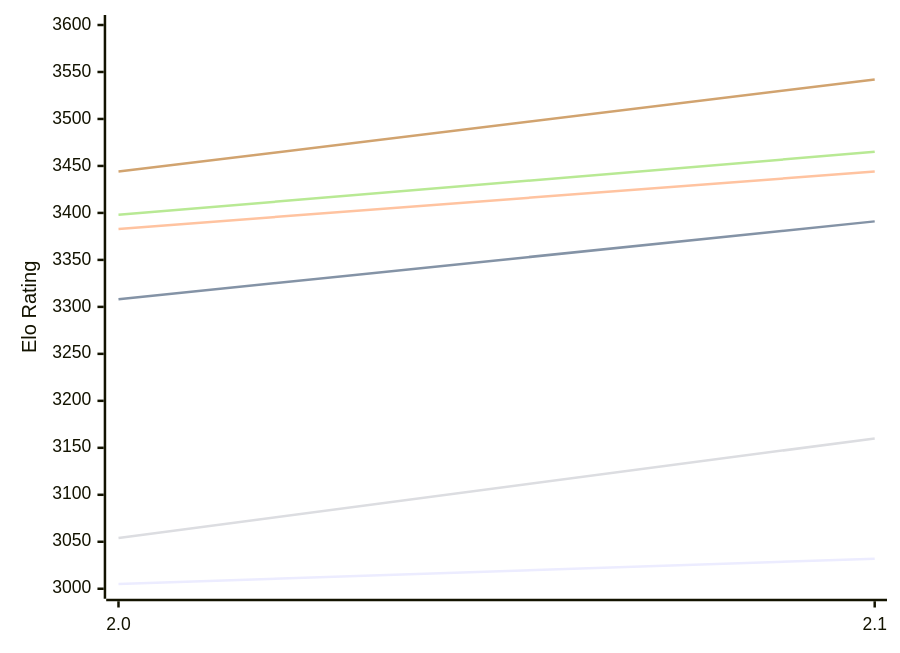
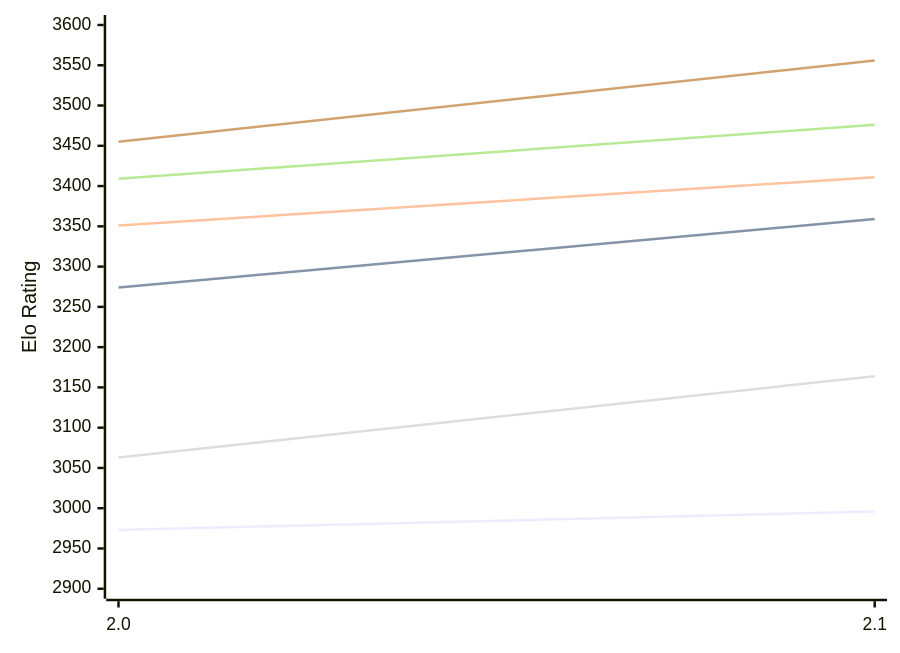
Before and after one commit to computer-chess-index/cci: the first of 2 diagrams in engines/Onslaught.md, drawn with Mermaid. The commit also changed other lines of this file, not shown here.

Commit message:
Update CCI Ratings (ELO VLTC) - 2026-11-12

````diff
--- a/engines/Onslaught.md
+++ b/engines/Onslaught.md
@@ -50,12 +50,12 @@
 ```mermaid
 %%{init: {"theme":"base","themeVariables":{"seriesColors:['#a3a3a3','#222221','#faa371']}}}%%
 xychart-beta
   x-axis ["2.0", "2.1"]
-  y-axis "Elo Rating" 3000 --> 3600
-  line "E1: STC (8.0+0.08s)" [3005, 3032]
-  line "E1: LTC (60.0+0.60s)" [3308, 3391]
-  line "E1: VLTC (2m24s+1.12s)" [3383, 3444]
-  line "P1: STC (8.0+0.08s)" [3054, 3160]
-  line "P1: LTC (60.0+0.60s)" [3398, 3465]
-  line "P1: VLTC (2m24s+1.12s)" [3444, 3542]
+  y-axis "Elo Rating" 2900 --> 3600
+  line "E1: STC (8.0+0.08s)" [2973, 2996]
+  line "E1: LTC (60.0+0.60s)" [3274, 3359]
+  line "E1: VLTC (2m24s+1.12s)" [3351, 3411]
+  line "P1: STC (8.0+0.08s)" [3063, 3164]
+  line "P1: LTC (60.0+0.60s)" [3409, 3476]
+  line "P1: VLTC (2m24s+1.12s)" [3455, 3556]
 ```
````
